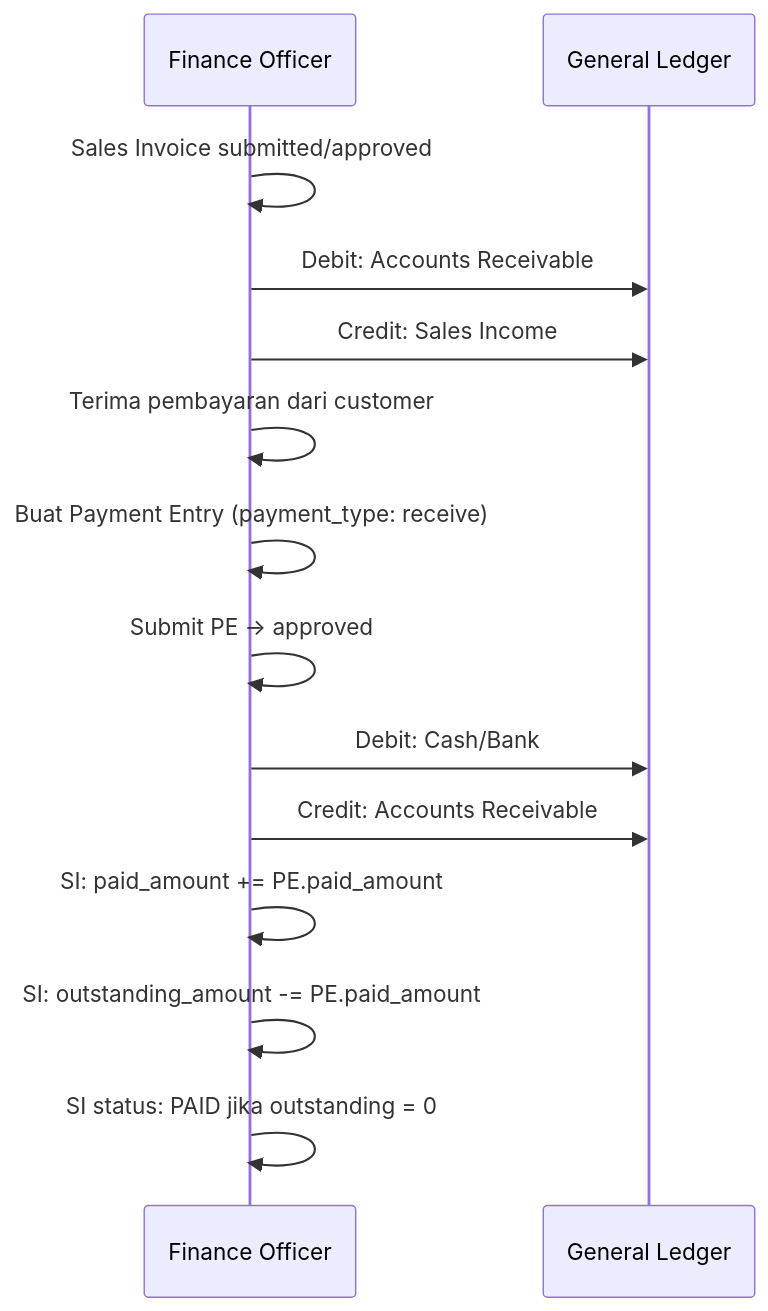
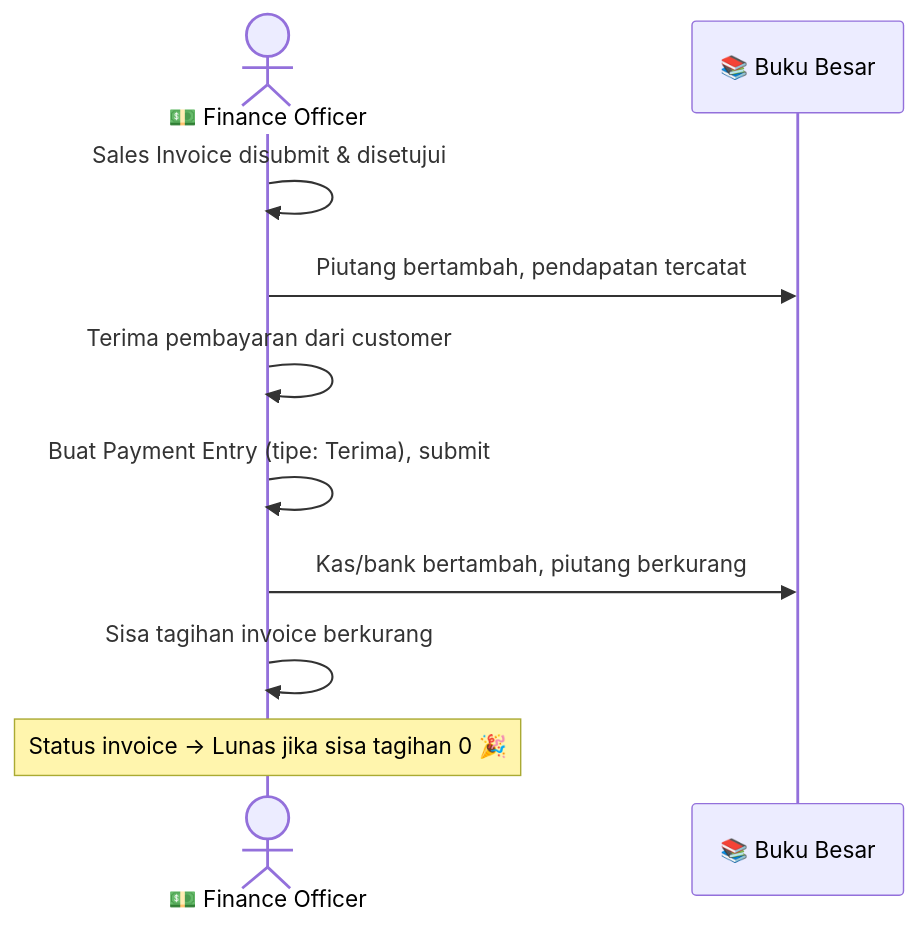
Before and after one commit to RimbunCode/erp_pataya: the third of 4 diagrams in docs/modules/finances.md, drawn with Mermaid. The commit also changed other lines of this file and 14 other files, not shown here.

````diff
--- a/docs/modules/finances.md
+++ b/docs/modules/finances.md
@@ -394,17 +300,13 @@
 ```mermaid
 sequenceDiagram
-    participant F as Finance Officer
-    participant GL as General Ledger
+    actor F as 💵 Finance Officer
+    participant GL as 📚 Buku Besar
 
-    F->>F: Sales Invoice submitted/approved
-    F->>GL: Debit: Accounts Receivable
-    F->>GL: Credit: Sales Income
+    F->>F: Sales Invoice disubmit & disetujui
+    F->>GL: Piutang bertambah, pendapatan tercatat
     F->>F: Terima pembayaran dari customer
-    F->>F: Buat Payment Entry (payment_type: receive)
-    F->>F: Submit PE → approved
-    F->>GL: Debit: Cash/Bank
-    F->>GL: Credit: Accounts Receivable
-    F->>F: SI: paid_amount += PE.paid_amount
-    F->>F: SI: outstanding_amount -= PE.paid_amount
-    F->>F: SI status: PAID jika outstanding = 0
+    F->>F: Buat Payment Entry (tipe: Terima), submit
+    F->>GL: Kas/bank bertambah, piutang berkurang
+    F->>F: Sisa tagihan invoice berkurang
+    Note over F: Status invoice → Lunas jika sisa tagihan 0 🎉
 ```
````
